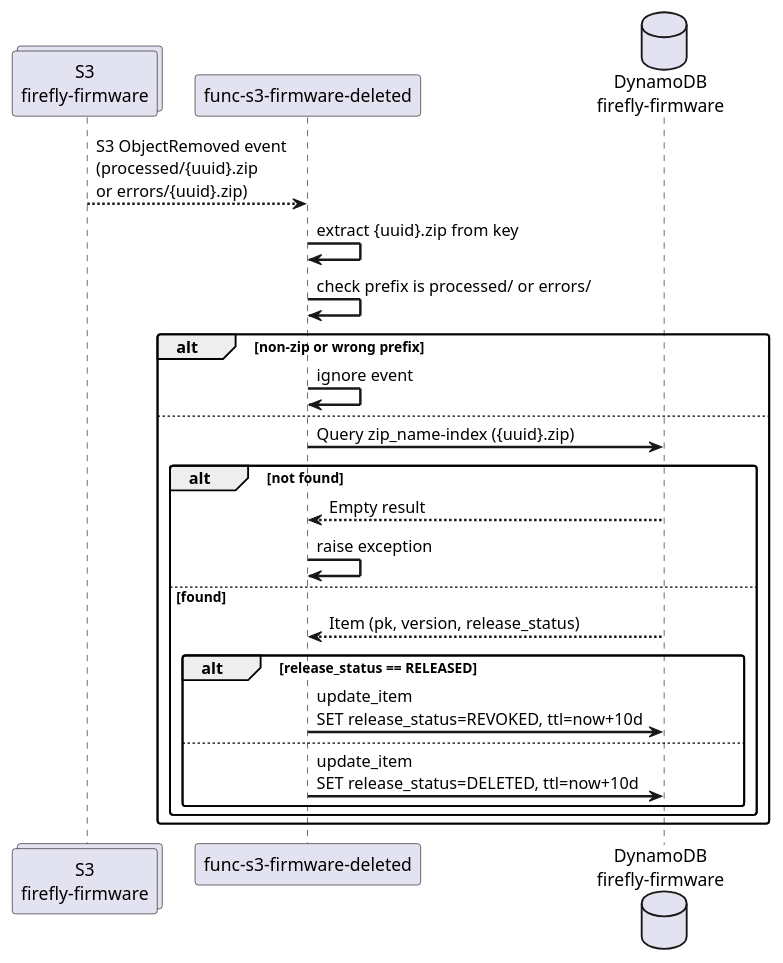
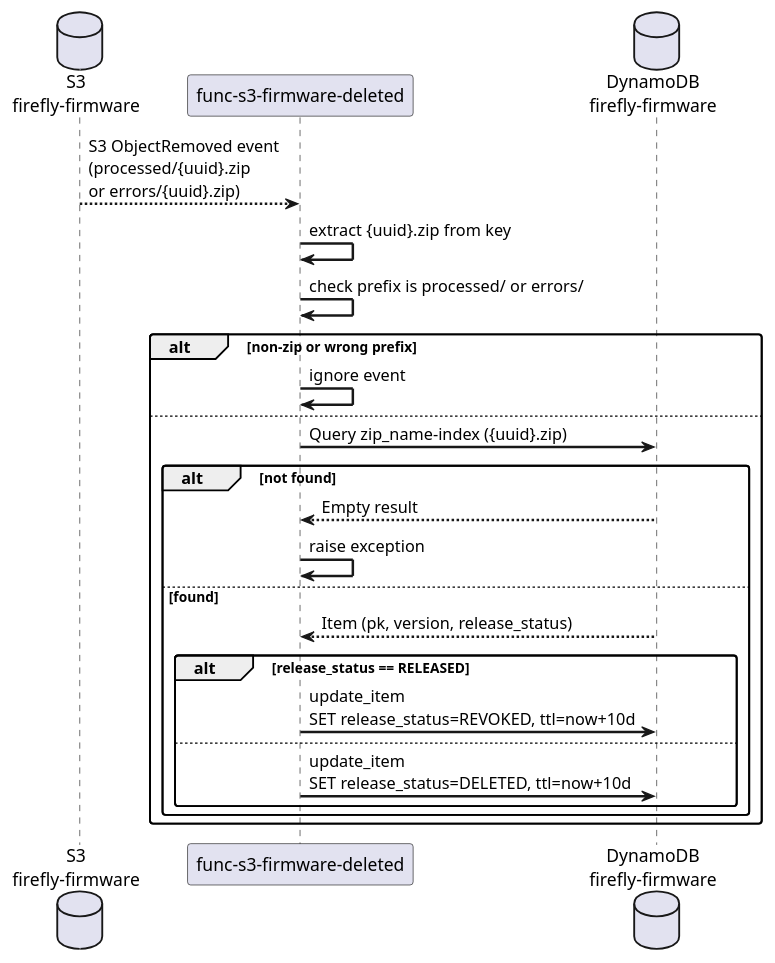
Before and after one commit to BrentIO/FireFly: the diagram in cloud/lambdas/images/func-s3-firmware-deleted.puml, drawn with PlantUML. The commit also changed 2 other files, not shown here.

Commit message:
Replace unsupported PlantUML keywords for apt-installed version
Replace 'storage' and 'collections' with 'database', which is
supported across all PlantUML versions including the Ubuntu apt package.

```diff
--- a/cloud/lambdas/images/func-s3-firmware-deleted.puml
+++ b/cloud/lambdas/images/func-s3-firmware-deleted.puml
@@ -1,30 +1,30 @@
 @startuml
 skinparam sequenceArrowThickness 2
 skinparam roundcorner 5
 
-collections "S3\nfirefly-firmware" as S3
+database "S3\nfirefly-firmware" as S3
 participant "func-s3-firmware-deleted" as Lambda
 database "DynamoDB\nfirefly-firmware" as DDB
 
 S3 --> Lambda : S3 ObjectRemoved event\n(processed/{uuid}.zip\nor errors/{uuid}.zip)
 
 Lambda -> Lambda : extract {uuid}.zip from key
 Lambda -> Lambda : check prefix is processed/ or errors/
 
 alt non-zip or wrong prefix
   Lambda -> Lambda : ignore event
 else
   Lambda -> DDB : Query zip_name-index ({uuid}.zip)
   alt not found
     DDB --> Lambda : Empty result
     Lambda -> Lambda : raise exception
   else found
     DDB --> Lambda : Item (pk, version, release_status)
     alt release_status == RELEASED
       Lambda -> DDB : update_item\nSET release_status=REVOKED, ttl=now+10d
     else
       Lambda -> DDB : update_item\nSET release_status=DELETED, ttl=now+10d
     end
   end
 end
 @enduml
```
